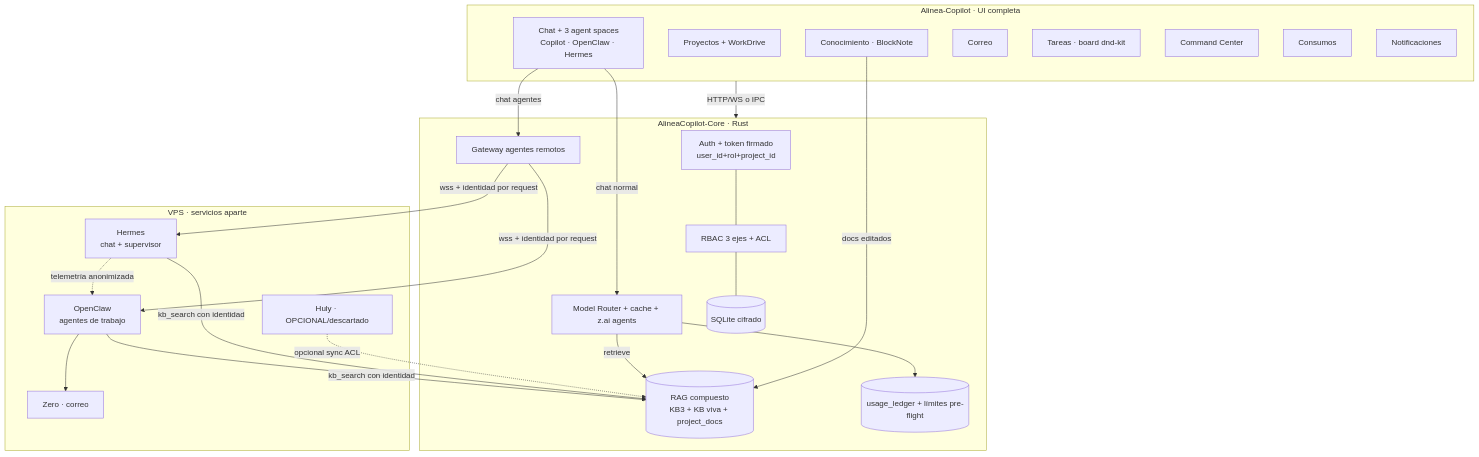
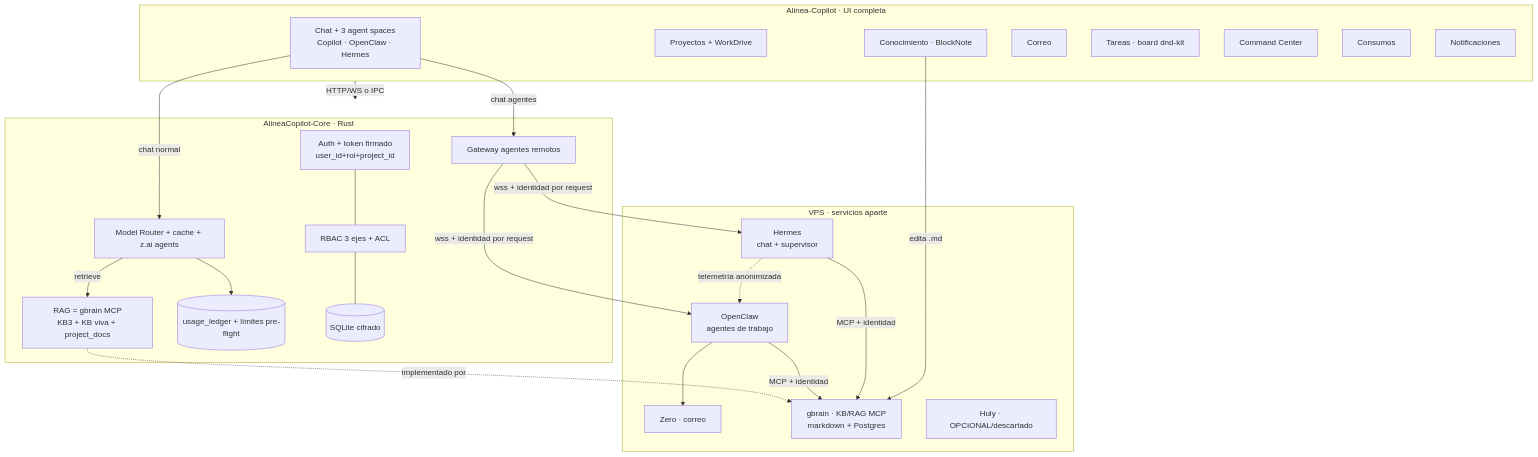
One commit to JoseTabora93/Alinea-Copilot changed the first of 2 diagrams in docs/prds/alinea/fase2/Alinea_FASE2_Blueprint.md. Above: the diagram before and after it, drawn with Mermaid. The commit also changed other lines of this file and 1 other file, not shown here.

Commit message:
docs(planning): adopt gbrain as KB/RAG layer (MIT, markdown+Postgres+MCP for OpenClaw/Hermes) + Obsidian-style /knowledge UI; Claude install/config instructions

````diff
--- a/docs/prds/alinea/fase2/Alinea_FASE2_Blueprint.md
+++ b/docs/prds/alinea/fase2/Alinea_FASE2_Blueprint.md
@@ -61,45 +62,46 @@
 ```mermaid
 flowchart TB
   subgraph Cliente[Alinea-Copilot · UI completa]
     CHAT[Chat + 3 agent spaces<br/>Copilot · OpenClaw · Hermes]
     PROJ[Proyectos + WorkDrive]
     KBUI[Conocimiento · BlockNote]
     MAILUI[Correo]
     TASKS[Tareas · board dnd-kit]
     CC[Command Center]
     USE[Consumos]
     NOTIF[Notificaciones]
   end
 
   subgraph Core[AlineaCopilot-Core · Rust]
     AUTH[Auth + token firmado<br/>user_id+rol+project_id]
     RBAC[RBAC 3 ejes + ACL]
-    RAG[(RAG compuesto<br/>KB3 + KB viva + project_docs)]
+    RAG[RAG = gbrain MCP<br/>KB3 + KB viva + project_docs]
     ROUTER[Model Router + cache + z.ai agents]
     LEDGER[(usage_ledger + límites pre-flight)]
     GW[Gateway agentes remotos]
     DB[(SQLite cifrado)]
   end
 
   subgraph VPS[VPS · servicios aparte]
     OC[OpenClaw<br/>agentes de trabajo]
     HER[Hermes<br/>chat + supervisor]
     ZERO[Zero · correo]
+    GBRAIN[gbrain · KB/RAG MCP<br/>markdown + Postgres]
     HULY[Huly · OPCIONAL/descartado]
   end
 
   Cliente -->|HTTP/WS o IPC| Core
   AUTH --- RBAC --- DB
   ROUTER --> LEDGER
   GW -->|wss + identidad por request| OC
   GW -->|wss + identidad por request| HER
   CHAT -->|chat normal| ROUTER
   CHAT -->|chat agentes| GW
-  OC -->|kb_search con identidad| RAG
-  HER -->|kb_search con identidad| RAG
+  RAG -.implementado por.-> GBRAIN
+  OC -->|MCP + identidad| GBRAIN
+  HER -->|MCP + identidad| GBRAIN
   ROUTER -->|retrieve| RAG
   OC --> ZERO
   HER -.telemetría anonimizada.-> OC
-  KBUI -->|docs editados| RAG
-  HULY -.opcional sync ACL.-> RAG
+  KBUI -->|edita .md| GBRAIN
 ```
````
